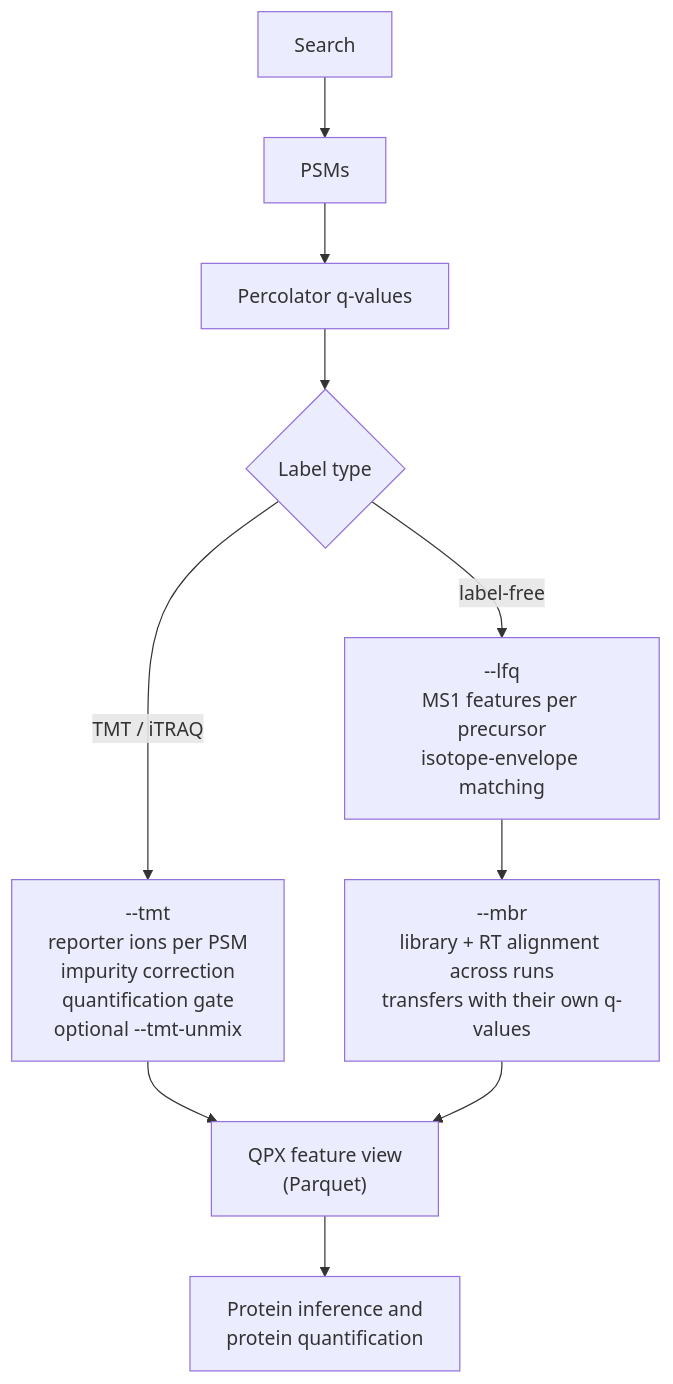
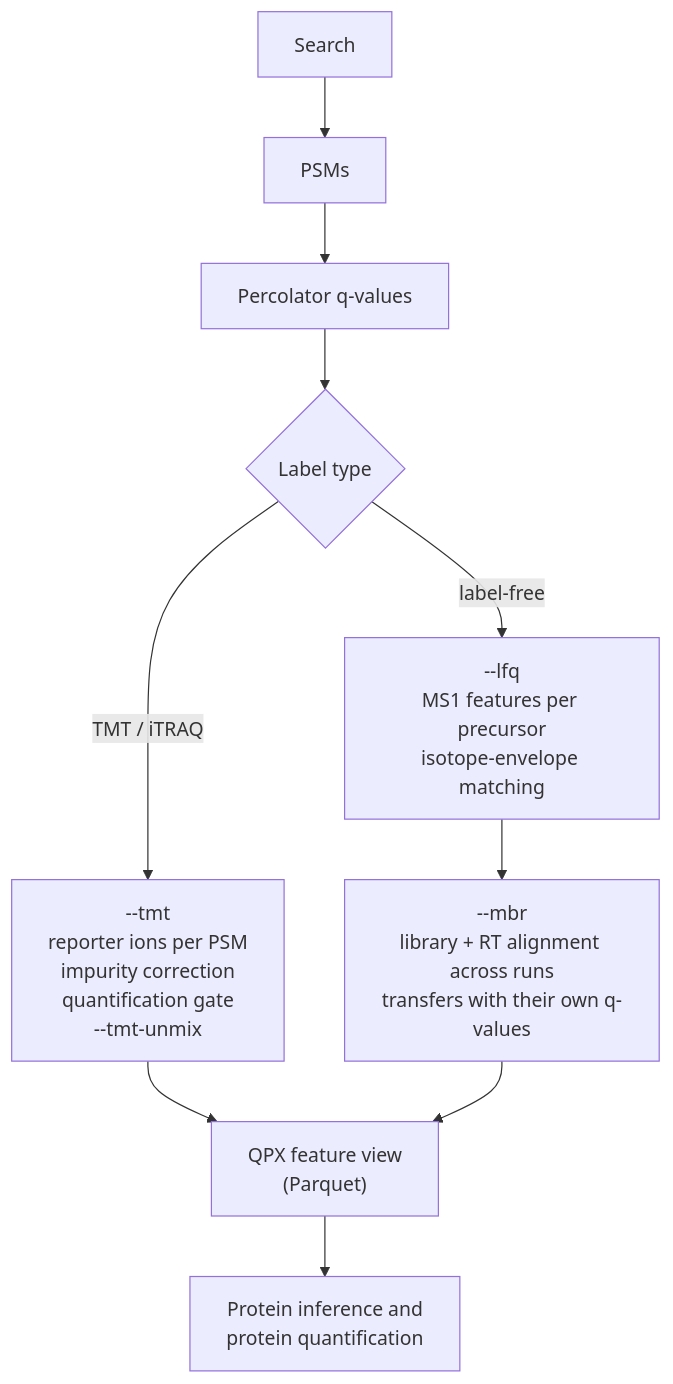
One commit to bigbio/andes changed the diagram in website/pages/quantification.md. Above: the diagram before and after it, drawn with Mermaid. The commit also changed 13 other files, not shown here.

First line of the commit message:
tmt: --tmt-unmix auto|off|on, auto learns the correction strength per run

````diff
--- a/website/pages/quantification.md
+++ b/website/pages/quantification.md
@@ -7,12 +7,12 @@
 ```mermaid
 flowchart TD
     S["Search"] --> PIN["PSMs"]
     PIN --> PC["Percolator q-values"]
     PC --> L{"Label type"}
-    L -->|"TMT / iTRAQ"| T["--tmt<br/>reporter ions per PSM<br/>impurity correction<br/>quantification gate<br/>optional --tmt-unmix"]
+    L -->|"TMT / iTRAQ"| T["--tmt<br/>reporter ions per PSM<br/>impurity correction<br/>quantification gate<br/>--tmt-unmix"]
     L -->|"label-free"| F["--lfq<br/>MS1 features per precursor<br/>isotope-envelope matching"]
     F --> M["--mbr<br/>library + RT alignment across runs<br/>transfers with their own q-values"]
     T --> O["QPX feature view<br/>(Parquet)"]
     M --> O
     O --> P["Protein inference and<br/>protein quantification"]
 ```
````
